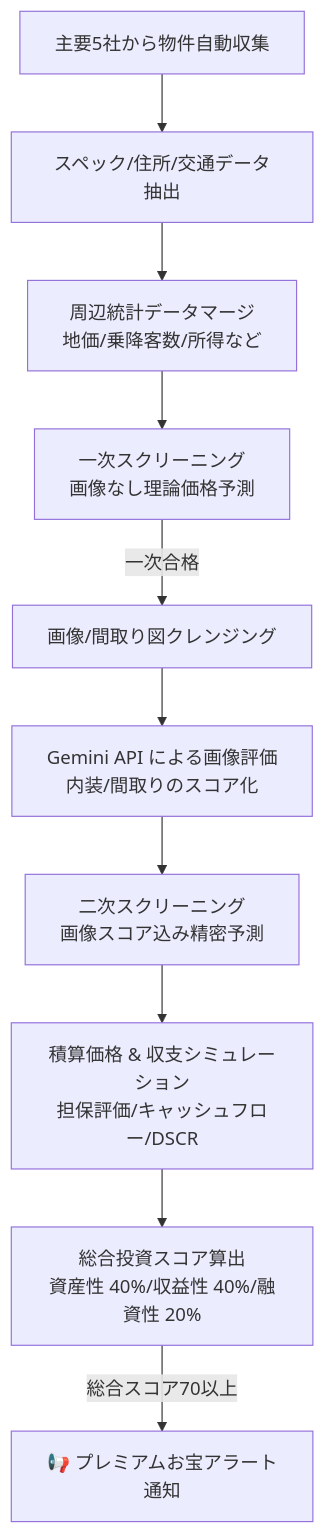
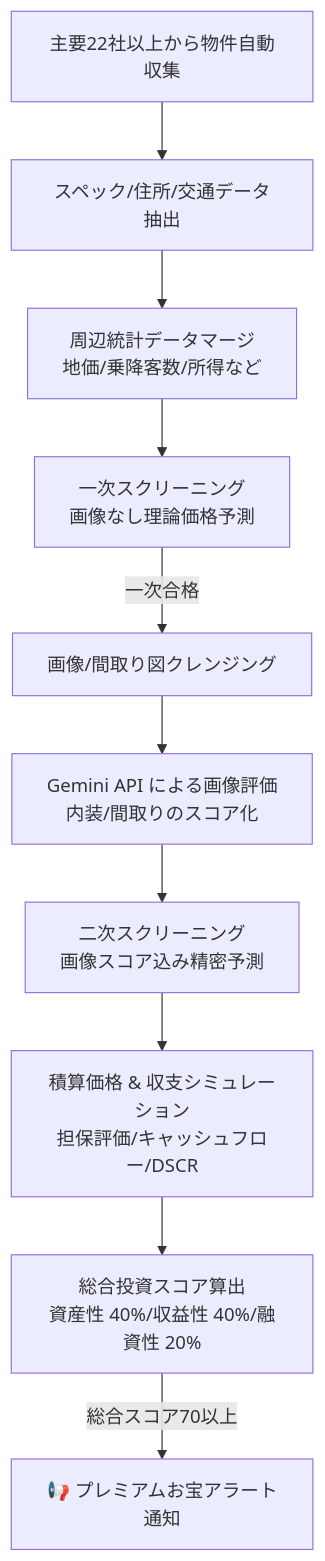
Before and after one commit to AnaharaYasuo/realestate_crawler: the diagram in docs/requirements/project_status_and_design_intent.md, drawn with Mermaid. The commit also changed other lines of this file and 245 other files, not shown here.

````diff
--- a/docs/requirements/project_status_and_design_intent.md
+++ b/docs/requirements/project_status_and_design_intent.md
@@ -11,12 +11,12 @@
 ```mermaid
 graph TD
-    A[主要5社から物件自動収集] --> B[スペック/住所/交通データ抽出]
+    A[主要22社以上から物件自動収集] --> B[スペック/住所/交通データ抽出]
     B --> C[周辺統計データマージ<br>地価/乗降客数/所得など]
     C --> D[一次スクリーニング<br>画像なし理論価格予測]
     D -->|一次合格| E[画像/間取り図クレンジング]
     E --> F[Gemini API による画像評価<br>内装/間取りのスコア化]
     F --> G[二次スクリーニング<br>画像スコア込み精密予測]
     G --> H[積算価格 & 収支シミュレーション<br>担保評価/キャッシュフロー/DSCR]
     H --> I[総合投資スコア算出<br>資産性 40%/収益性 40%/融資性 20%]
     I -->|総合スコア70以上| J[📢 プレミアムお宝アラート通知]
 ```
````
